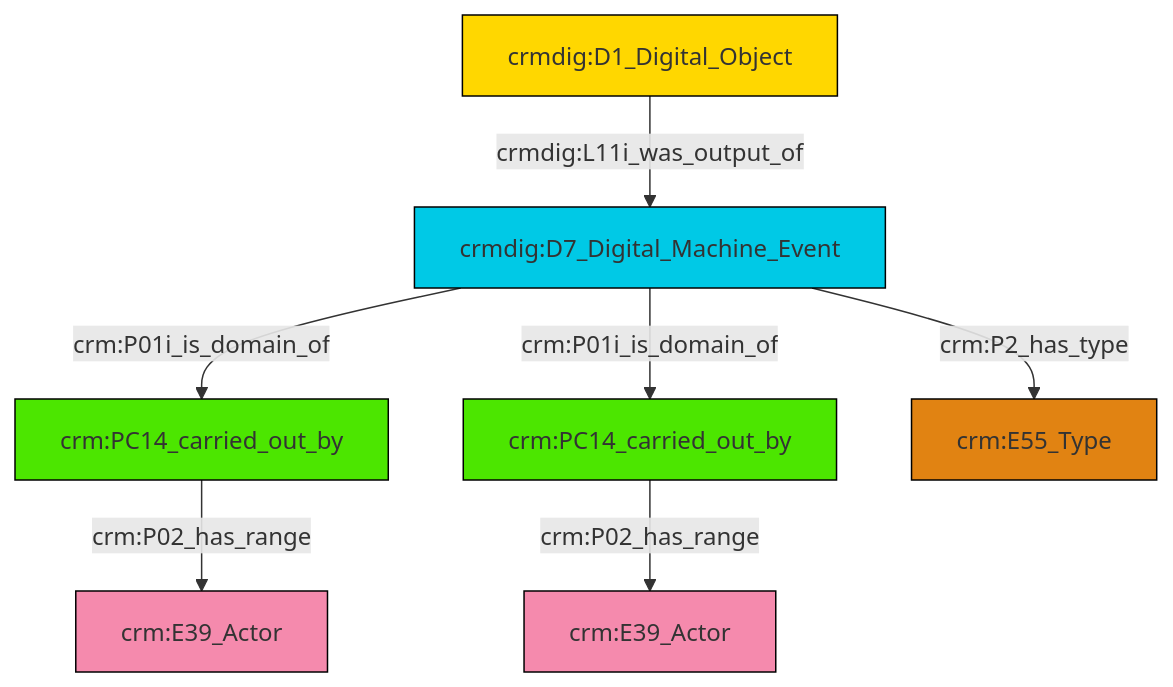
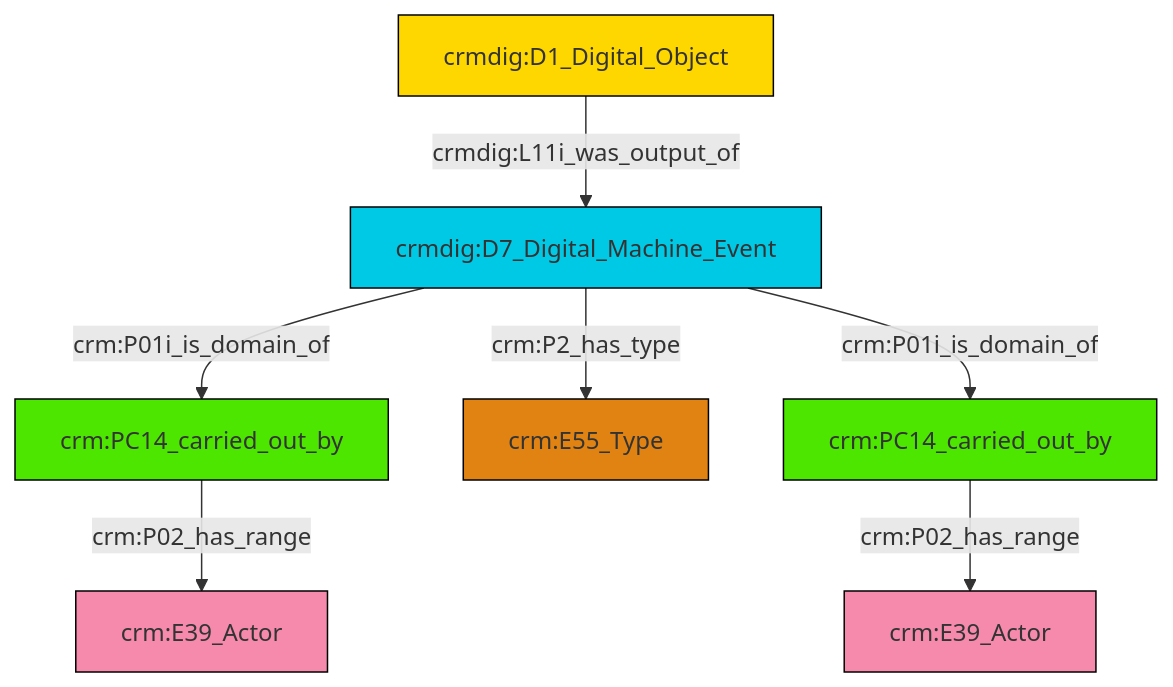
Before and after one commit to swiss-art-research-net/reference-data-models: the diagram in et/doCSV/ttl/mmd/do_actor_relations.ttl.mmd, drawn with Mermaid. The commit also changed 121 other files, not shown here.

```diff
--- a/et/doCSV/ttl/mmd/do_actor_relations.ttl.mmd
+++ b/et/doCSV/ttl/mmd/do_actor_relations.ttl.mmd
@@ -1,21 +1,21 @@
 graph TD
 classDef Literal fill:#f2f2f2,stroke:#000000;
 classDef CRM_Entity fill:#FFFFFF,stroke:#000000;
 classDef Temporal_Entity fill:#00C9E6, stroke:#000000;
 classDef Type fill:#E18312, stroke:#000000;
 classDef Time-Span fill:#2C9C91, stroke:#000000;
 classDef Appellation fill:#FFEB7F, stroke:#000000;
 classDef Place fill:#008836, stroke:#000000;
 classDef Persistent_Item fill:#B266B2, stroke:#000000;
 classDef Conceptual_Object fill:#FFD700, stroke:#000000;
 classDef Physical_Thing fill:#D2B48C, stroke:#000000;
 classDef Actor fill:#f58aad, stroke:#000000;
 classDef PC_Classes fill:#4ce600, stroke:#000000;
 classDef Multi fill:#cccccc,stroke:#000000;
 
-0["crmdig:D7_Digital_Machine_Event"]:::Temporal_Entity -->|crm:P01i_is_domain_of| 1["crm:PC14_carried_out_by"]:::PC_Classes
-1["crm:PC14_carried_out_by"]:::PC_Classes -->|crm:P02_has_range| 2["crm:E39_Actor"]:::Actor
-4["crm:PC14_carried_out_by"]:::PC_Classes -->|crm:P02_has_range| 5["crm:E39_Actor"]:::Actor
-0["crmdig:D7_Digital_Machine_Event"]:::Temporal_Entity -->|crm:P2_has_type| 6["crm:E55_Type"]:::Type
-0["crmdig:D7_Digital_Machine_Event"]:::Temporal_Entity -->|crm:P01i_is_domain_of| 4["crm:PC14_carried_out_by"]:::PC_Classes
-12["crmdig:D1_Digital_Object"]:::Conceptual_Object -->|crmdig:L11i_was_output_of| 0["crmdig:D7_Digital_Machine_Event"]:::Temporal_Entity
+0["crm:PC14_carried_out_by"]:::PC_Classes -->|crm:P02_has_range| 5["crm:E39_Actor"]:::Actor
+6["crmdig:D7_Digital_Machine_Event"]:::Temporal_Entity -->|crm:P01i_is_domain_of| 7["crm:PC14_carried_out_by"]:::PC_Classes
+6["crmdig:D7_Digital_Machine_Event"]:::Temporal_Entity -->|crm:P2_has_type| 2["crm:E55_Type"]:::Type
+11["crmdig:D1_Digital_Object"]:::Conceptual_Object -->|crmdig:L11i_was_output_of| 6["crmdig:D7_Digital_Machine_Event"]:::Temporal_Entity
+7["crm:PC14_carried_out_by"]:::PC_Classes -->|crm:P02_has_range| 13["crm:E39_Actor"]:::Actor
+6["crmdig:D7_Digital_Machine_Event"]:::Temporal_Entity -->|crm:P01i_is_domain_of| 0["crm:PC14_carried_out_by"]:::PC_Classes
```
